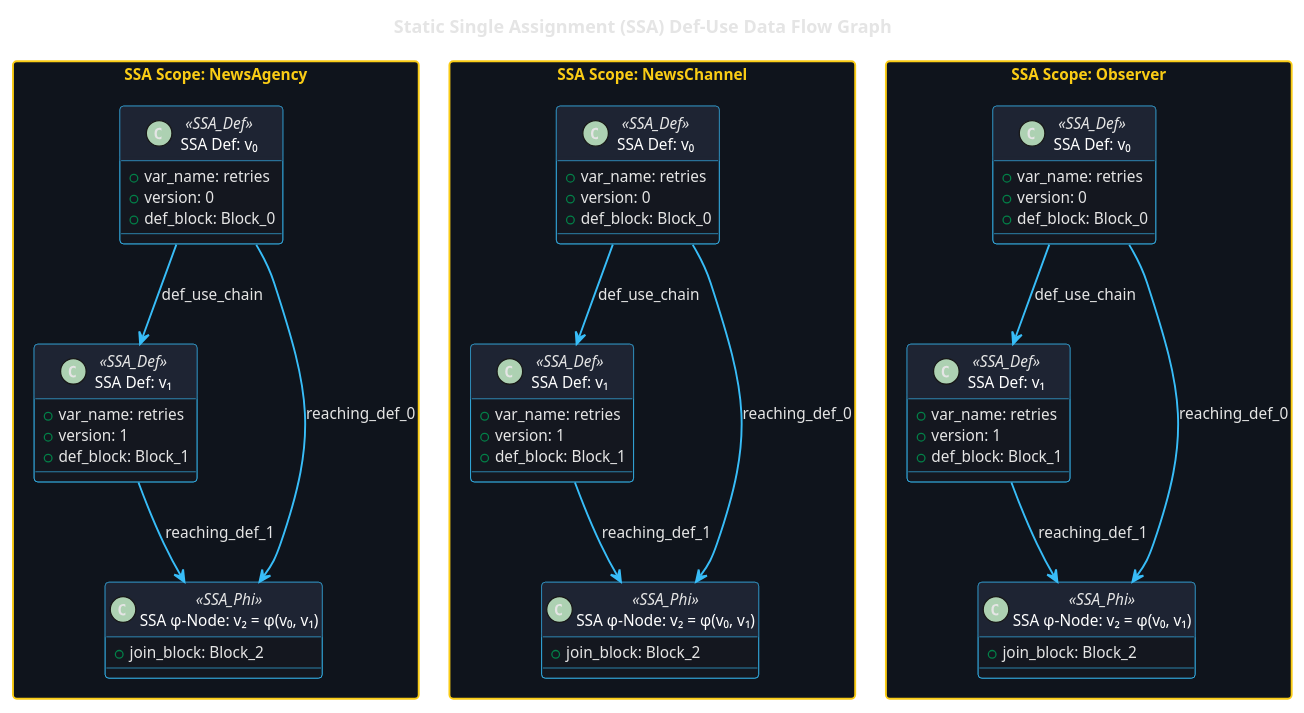
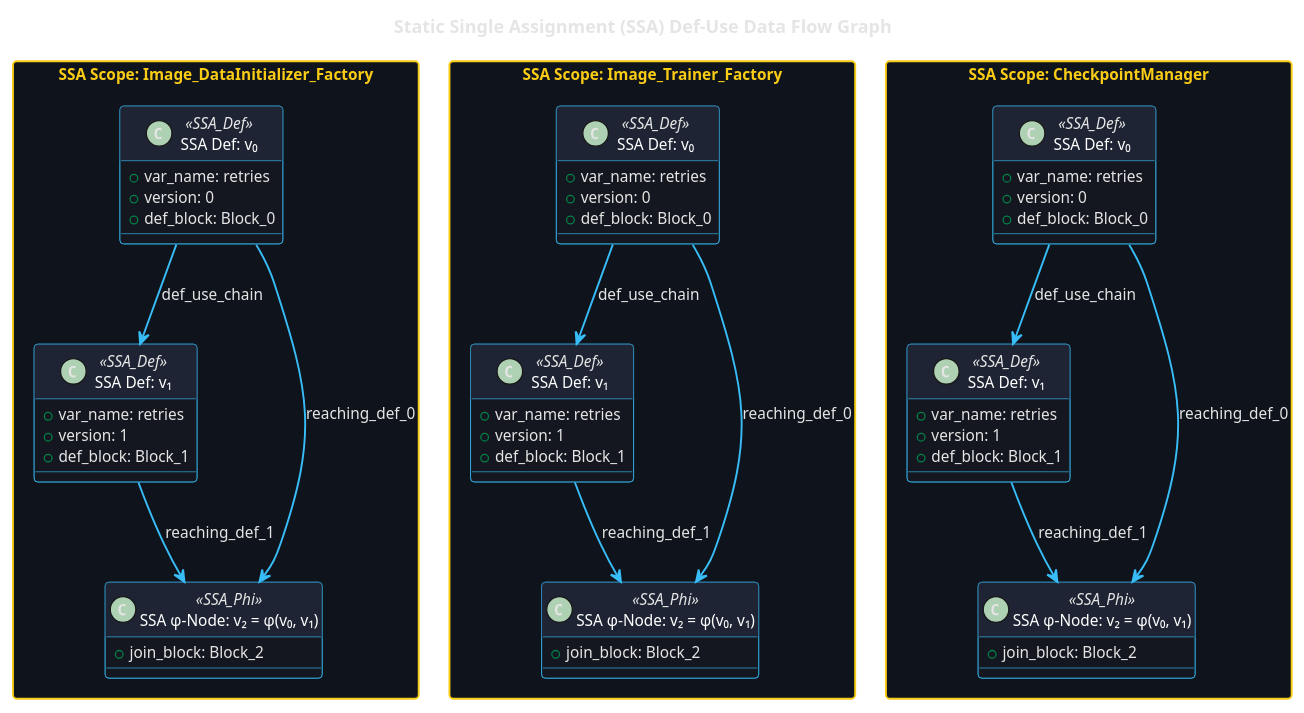
The diagram in web/diagrams/dfg.puml (AhmadHassan-BTed/OpenHeart), drawn with PlantUML before and after one commit. The commit also changed 63 other files, not shown here.

Commit message:
refactor: replace placeholder design pattern diagrams with core application architecture and training workflows

```diff
--- a/web/diagrams/dfg.puml
+++ b/web/diagrams/dfg.puml
@@ -1,108 +1,108 @@
 @startuml
 skinparam backgroundColor transparent
 skinparam monochrome false
 skinparam shadowing false
 skinparam roundcorner 6
 skinparam defaultFontName "Space Grotesk", "Segoe UI", sans-serif
 skinparam defaultFontColor #e5e5e5
 skinparam defaultFontSize 12
 skinparam ArrowColor #38bdf8
 skinparam ArrowThickness 1.5
 skinparam packageStyle rectangle
 skinparam PackageBorderColor #facc15
 skinparam PackageBackgroundColor #0f141c
 skinparam PackageFontColor #facc15
 skinparam ClassBorderColor #38bdf8
 skinparam ClassBackgroundColor #14171f
 skinparam ClassHeaderBackgroundColor #1e2433
 skinparam ClassFontColor #ffffff
 skinparam ObjectBorderColor #38bdf8
 skinparam ObjectBackgroundColor #14171f
 skinparam ObjectFontColor #ffffff
 skinparam ComponentBorderColor #38bdf8
 skinparam ComponentBackgroundColor #14171f
 skinparam ComponentFontColor #ffffff
 skinparam NodeBorderColor #38bdf8
 skinparam NodeBackgroundColor #14171f
 skinparam NodeFontColor #ffffff
 skinparam StateBorderColor #38bdf8
 skinparam StateBackgroundColor #14171f
 skinparam StateFontColor #ffffff
 skinparam ActivityBorderColor #38bdf8
 skinparam ActivityBackgroundColor #14171f
 skinparam ActivityFontColor #ffffff
 skinparam SequenceLifeLineBorderColor #38bdf8
 skinparam SequenceLifeLineBackgroundColor #14171f
 skinparam SequenceGroupBorderColor #facc15
 skinparam SequenceGroupBackgroundColor #0f141c
 skinparam SequenceGroupFontColor #facc15
 skinparam ParticipantBorderColor #38bdf8
 skinparam ParticipantBackgroundColor #14171f
 skinparam ParticipantFontColor #ffffff
 skinparam ActorBorderColor #facc15
 skinparam ActorBackgroundColor #14171f
 skinparam ActorFontColor #ffffff
 skinparam UsecaseBorderColor #38bdf8
 skinparam UsecaseBackgroundColor #14171f
 skinparam UsecaseFontColor #ffffff
 
 title Static Single Assignment (SSA) Def-Use Data Flow Graph
 
-package "SSA Scope: NewsAgency" {
+package "SSA Scope: Image_DataInitializer_Factory" {
   class "SSA Def: v₀" as v0_0 <<SSA_Def>> {
     +var_name: retries
     +version: 0
     +def_block: Block_0
   }
   class "SSA Def: v₁" as v1_0 <<SSA_Def>> {
     +var_name: retries
     +version: 1
     +def_block: Block_1
   }
   class "SSA φ-Node: v₂ = φ(v₀, v₁)" as v2_0 <<SSA_Phi>> {
     +join_block: Block_2
   }
   v0_0 --> v1_0 : def_use_chain
   v0_0 --> v2_0 : reaching_def_0
   v1_0 --> v2_0 : reaching_def_1
 }
 
-package "SSA Scope: NewsChannel" {
+package "SSA Scope: Image_Trainer_Factory" {
   class "SSA Def: v₀" as v0_1 <<SSA_Def>> {
     +var_name: retries
     +version: 0
     +def_block: Block_0
   }
   class "SSA Def: v₁" as v1_1 <<SSA_Def>> {
     +var_name: retries
     +version: 1
     +def_block: Block_1
   }
   class "SSA φ-Node: v₂ = φ(v₀, v₁)" as v2_1 <<SSA_Phi>> {
     +join_block: Block_2
   }
   v0_1 --> v1_1 : def_use_chain
   v0_1 --> v2_1 : reaching_def_0
   v1_1 --> v2_1 : reaching_def_1
 }
 
-package "SSA Scope: Observer" {
+package "SSA Scope: CheckpointManager" {
   class "SSA Def: v₀" as v0_2 <<SSA_Def>> {
     +var_name: retries
     +version: 0
     +def_block: Block_0
   }
   class "SSA Def: v₁" as v1_2 <<SSA_Def>> {
     +var_name: retries
     +version: 1
     +def_block: Block_1
   }
   class "SSA φ-Node: v₂ = φ(v₀, v₁)" as v2_2 <<SSA_Phi>> {
     +join_block: Block_2
   }
   v0_2 --> v1_2 : def_use_chain
   v0_2 --> v2_2 : reaching_def_0
   v1_2 --> v2_2 : reaching_def_1
 }
 
 @enduml
```
